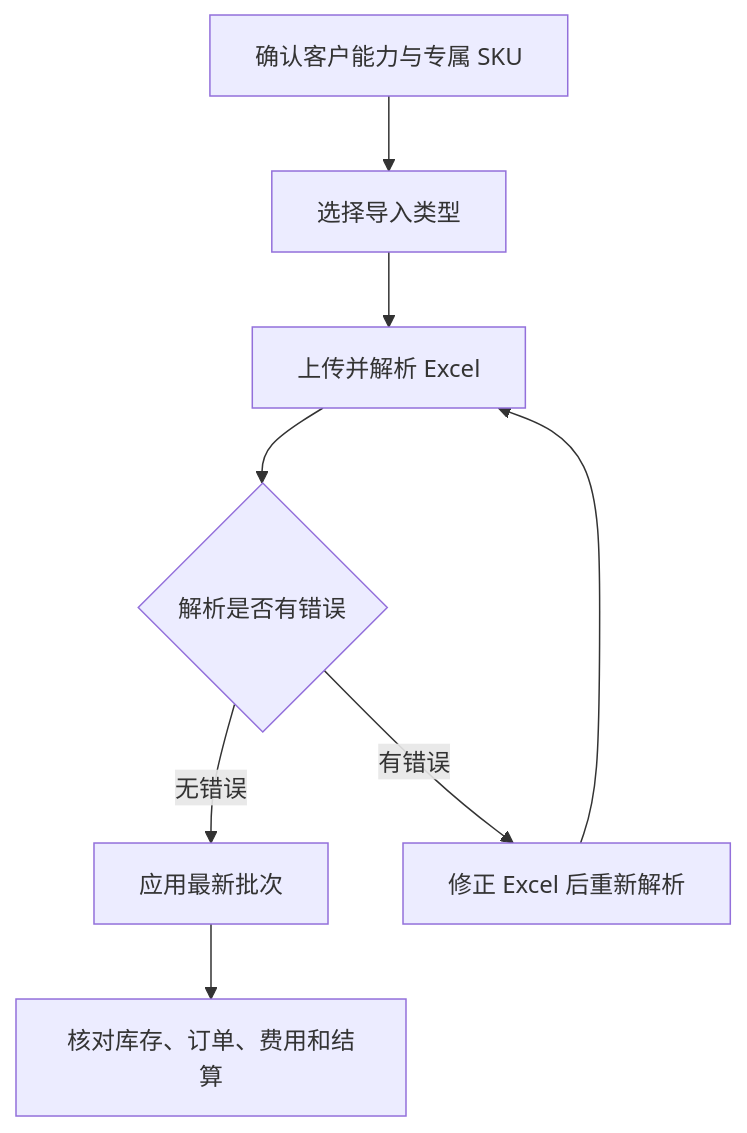
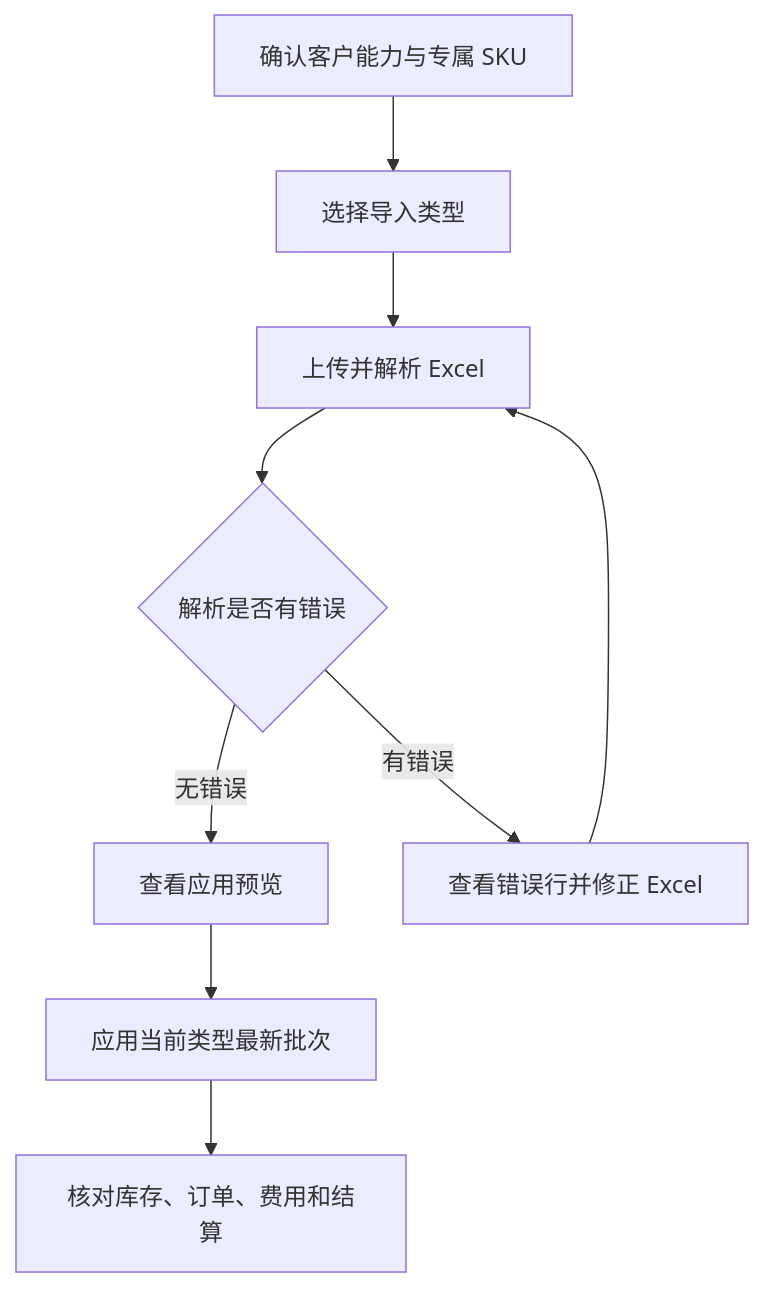
Before and after one commit to Backstage2539/KFerp: the diagram in orderapp-remote/docs/OP_MANUAL_CUSTOMER_FULFILLMENT.md, drawn with Mermaid. The commit also changed other lines of this file and 16 other files, not shown here.

````diff
--- a/orderapp-remote/docs/OP_MANUAL_CUSTOMER_FULFILLMENT.md
+++ b/orderapp-remote/docs/OP_MANUAL_CUSTOMER_FULFILLMENT.md
@@ -13,10 +13,11 @@
 ```mermaid
 flowchart TD
   A["确认客户能力与专属 SKU"] --> B["选择导入类型"]
   B --> C["上传并解析 Excel"]
   C --> D{"解析是否有错误"}
-  D -->|无错误| E["应用最新批次"]
-  D -->|有错误| F["修正 Excel 后重新解析"]
+  D -->|无错误| E["查看应用预览"]
+  D -->|有错误| F["查看错误行并修正 Excel"]
   F --> C
-  E --> G["核对库存、订单、费用和结算"]
+  E --> G["应用当前类型最新批次"]
+  G --> H["核对库存、订单、费用和结算"]
 ```
````
